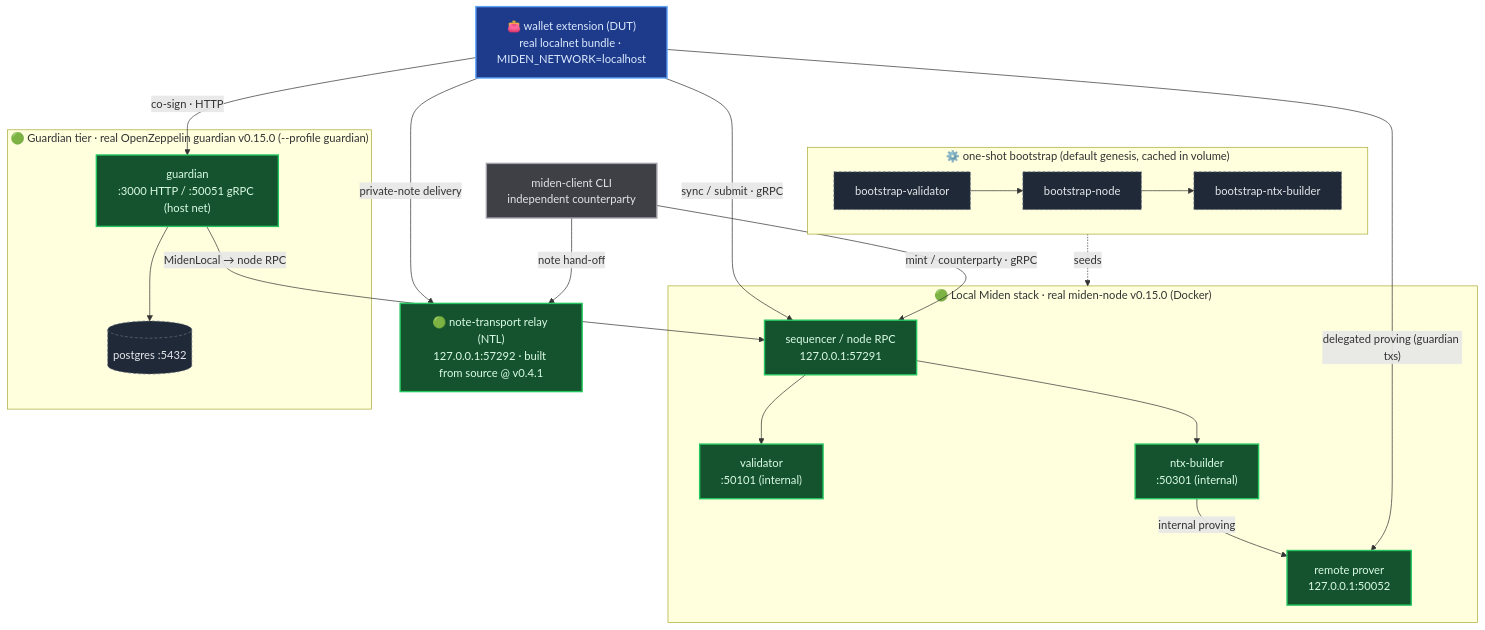
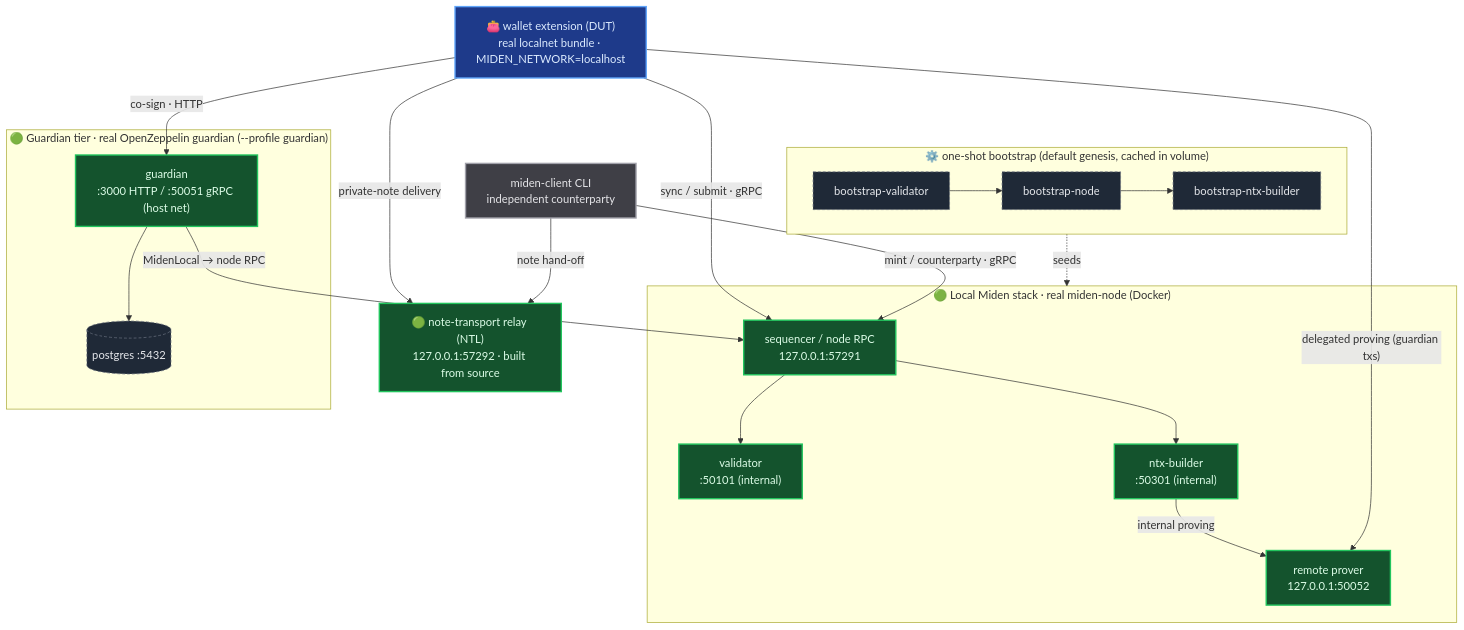
One commit to 0xMiden/wallet changed the second of 8 diagrams in playwright/e2e/docs/e2e-architecture.md. Above: the diagram before and after it, drawn with Mermaid. The commit also changed other lines of this file, not shown here.

Commit message:
docs(e2e): drop pinned version numbers (not relevant to the architecture)

````diff
--- a/playwright/e2e/docs/e2e-architecture.md
+++ b/playwright/e2e/docs/e2e-architecture.md
@@ -63,42 +63,42 @@
 ```mermaid
 flowchart TB
   subgraph BOOT["⚙️ one-shot bootstrap (default genesis, cached in volume)"]
     direction LR
     BV["bootstrap-validator"]:::infra --> BN["bootstrap-node"]:::infra --> BX["bootstrap-ntx-builder"]:::infra
   end
 
-  subgraph NODE["🟢 Local Miden stack · real miden-node v0.15.0 (Docker)"]
+  subgraph NODE["🟢 Local Miden stack · real miden-node (Docker)"]
     SEQ["sequencer / node RPC<br/>127.0.0.1:57291"]:::real
     VAL["validator<br/>:50101 (internal)"]:::real
     NTX["ntx-builder<br/>:50301 (internal)"]:::real
     PROV["remote prover<br/>127.0.0.1:50052"]:::real
   end
 
-  NTL["🟢 note-transport relay (NTL)<br/>127.0.0.1:57292 · built from source @ v0.4.1"]:::real
+  NTL["🟢 note-transport relay (NTL)<br/>127.0.0.1:57292 · built from source"]:::real
 
-  subgraph GUARD["🟢 Guardian tier · real OpenZeppelin guardian v0.15.0 (--profile guardian)"]
+  subgraph GUARD["🟢 Guardian tier · real OpenZeppelin guardian (--profile guardian)"]
     GD["guardian<br/>:3000 HTTP / :50051 gRPC (host net)"]:::real
     PG[("postgres :5432")]:::infra
   end
 
   WALLET["👛 wallet extension (DUT)<br/>real localnet bundle · MIDEN_NETWORK=localhost"]:::wallet
   CLI["miden-client CLI<br/>independent counterparty"]:::cli
 
   BOOT -.->|"seeds"| NODE
   SEQ --> VAL
   SEQ --> NTX
   NTX -->|"internal proving"| PROV
   GD --> PG
   GD -->|"MidenLocal → node RPC"| SEQ
   WALLET -->|"sync / submit · gRPC"| SEQ
   WALLET -->|"delegated proving (guardian txs)"| PROV
   WALLET -->|"private-note delivery"| NTL
   WALLET -->|"co-sign · HTTP"| GD
   CLI -->|"mint / counterparty · gRPC"| SEQ
   CLI -->|"note hand-off"| NTL
 
   classDef real fill:#14532d,stroke:#22c55e,stroke-width:2px,color:#dcfce7;
   classDef wallet fill:#1e3a8a,stroke:#60a5fa,stroke-width:2px,color:#dbeafe;
   classDef cli fill:#3f3f46,stroke:#a1a1aa,stroke-width:2px,color:#e4e4e7;
   classDef infra fill:#1f2937,stroke:#6b7280,stroke-width:1px,color:#e5e7eb,stroke-dasharray:4 3;
 ```
````
